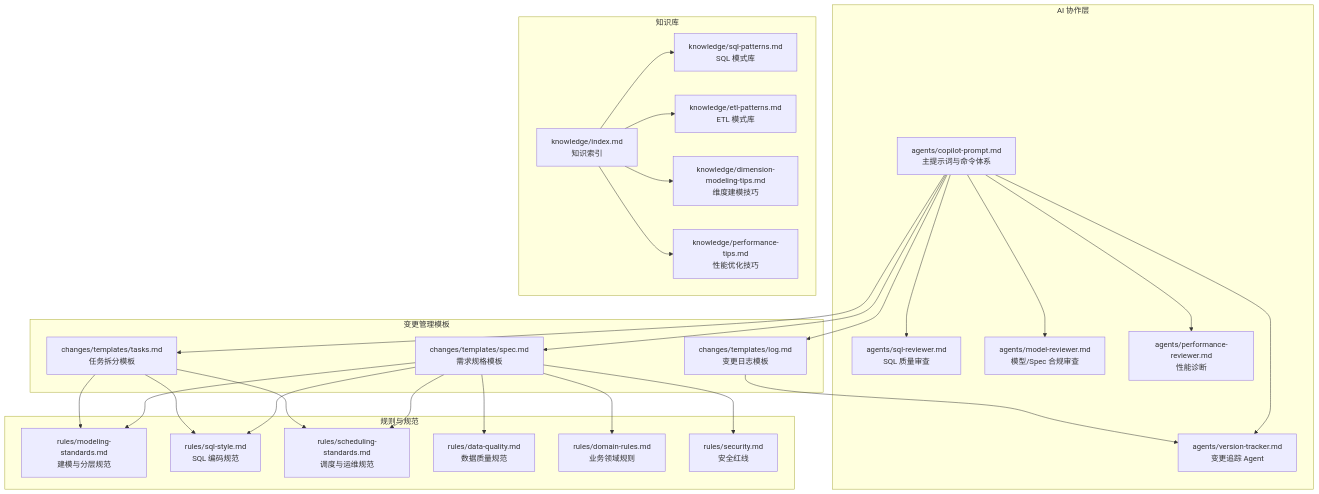
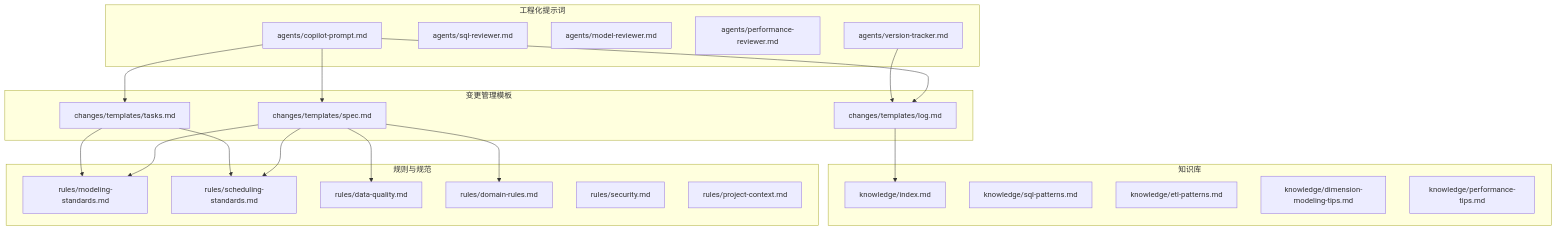
The first of 8 diagrams in .qoder/repowiki/zh/content/变更管理系统/变更管理系统.md (13679659643/Data_Warehouse_Engineering), drawn with Mermaid before and after one commit. The commit also changed other lines of this file and 88 other files, not shown here.

````diff
--- a/.qoder/repowiki/zh/content/变更管理系统/变更管理系统.md
+++ b/.qoder/repowiki/zh/content/变更管理系统/变更管理系统.md
@@ -42,51 +45,41 @@
 ```mermaid
 graph TB
-subgraph "AI 协作层"
-A["agents/copilot-prompt.md<br/>主提示词与命令体系"]
-B["agents/version-tracker.md<br/>变更追踪 Agent"]
-C["agents/sql-reviewer.md<br/>SQL 质量审查"]
-D["agents/model-reviewer.md<br/>模型/Spec 合规审查"]
-E["agents/performance-reviewer.md<br/>性能诊断"]
+subgraph "工程化提示词"
+A1["agents/copilot-prompt.md"]
+A2["agents/sql-reviewer.md"]
+A3["agents/model-reviewer.md"]
+A4["agents/performance-reviewer.md"]
+A5["agents/version-tracker.md"]
 end
 subgraph "变更管理模板"
-T1["changes/templates/spec.md<br/>需求规格模板"]
-T2["changes/templates/tasks.md<br/>任务拆分模板"]
-T3["changes/templates/log.md<br/>变更日志模板"]
+T1["changes/templates/spec.md"]
+T2["changes/templates/tasks.md"]
+T3["changes/templates/log.md"]
 end
 subgraph "规则与规范"
-R1["rules/modeling-standards.md<br/>建模与分层规范"]
-R2["rules/sql-style.md<br/>SQL 编码规范"]
-R3["rules/scheduling-standards.md<br/>调度与运维规范"]
-R4["rules/data-quality.md<br/>数据质量规范"]
-R5["rules/domain-rules.md<br/>业务领域规则"]
-R6["rules/security.md<br/>安全红线"]
+R1["rules/modeling-standards.md"]
+R2["rules/scheduling-standards.md"]
+R3["rules/data-quality.md"]
+R4["rules/domain-rules.md"]
+R5["rules/security.md"]
+R6["rules/project-context.md"]
 end
 subgraph "知识库"
-K1["knowledge/index.md<br/>知识索引"]
-K2["knowledge/sql-patterns.md<br/>SQL 模式库"]
-K3["knowledge/etl-patterns.md<br/>ETL 模式库"]
-K4["knowledge/dimension-modeling-tips.md<br/>维度建模技巧"]
-K5["knowledge/performance-tips.md<br/>性能优化技巧"]
+K1["knowledge/index.md"]
+K2["knowledge/sql-patterns.md"]
+K3["knowledge/etl-patterns.md"]
+K4["knowledge/dimension-modeling-tips.md"]
+K5["knowledge/performance-tips.md"]
 end
-A --> T1
-A --> T2
-A --> T3
-A --> B
-A --> C
-A --> D
-A --> E
+A1 --> T1
+A1 --> T2
+A1 --> T3
+A5 --> T3
 T1 --> R1
 T1 --> R2
 T1 --> R3
 T1 --> R4
-T1 --> R5
-T1 --> R6
 T2 --> R1
 T2 --> R2
-T2 --> R3
-T3 --> B
-K1 --> K2
-K1 --> K3
-K1 --> K4
-K1 --> K5
+T3 --> K1
 ```
````
